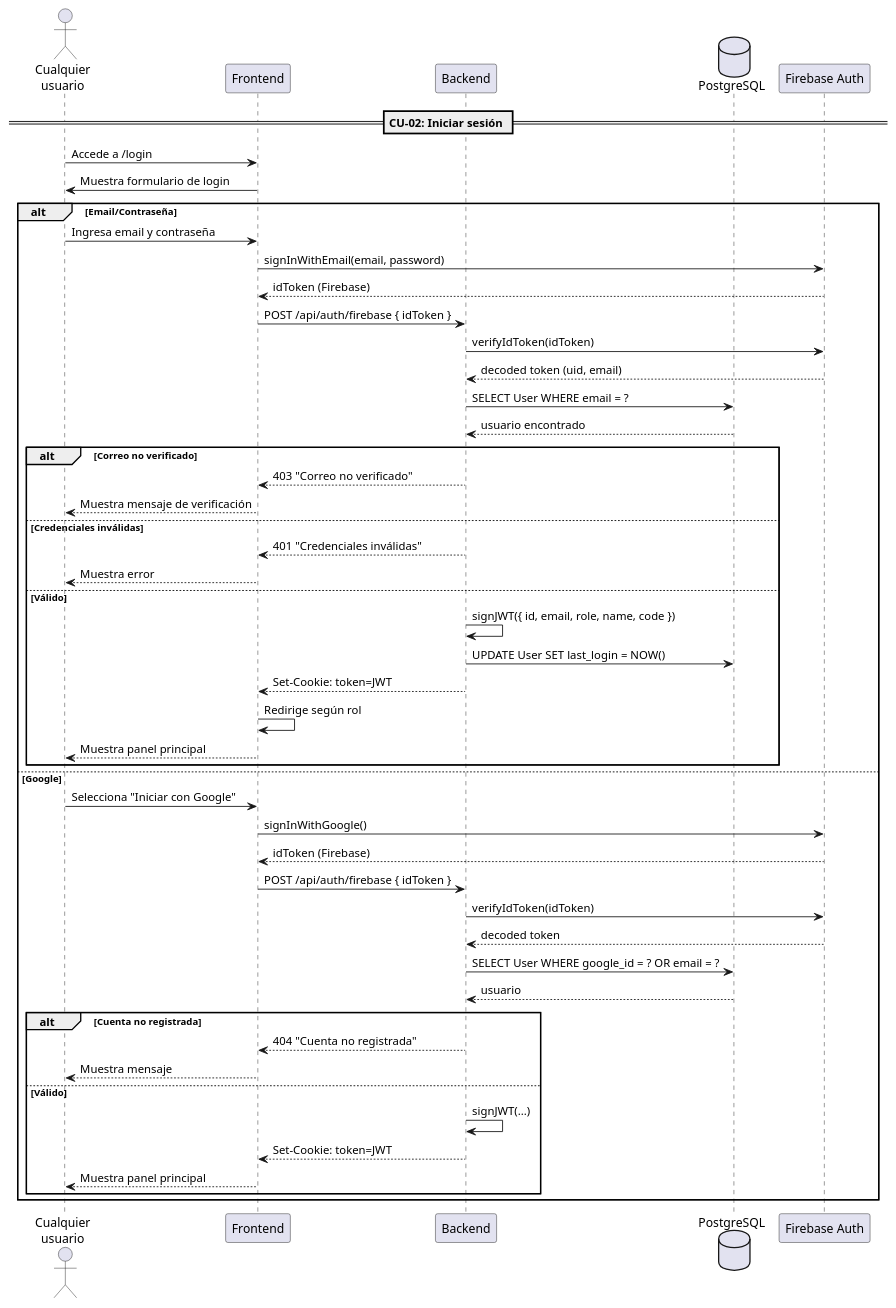
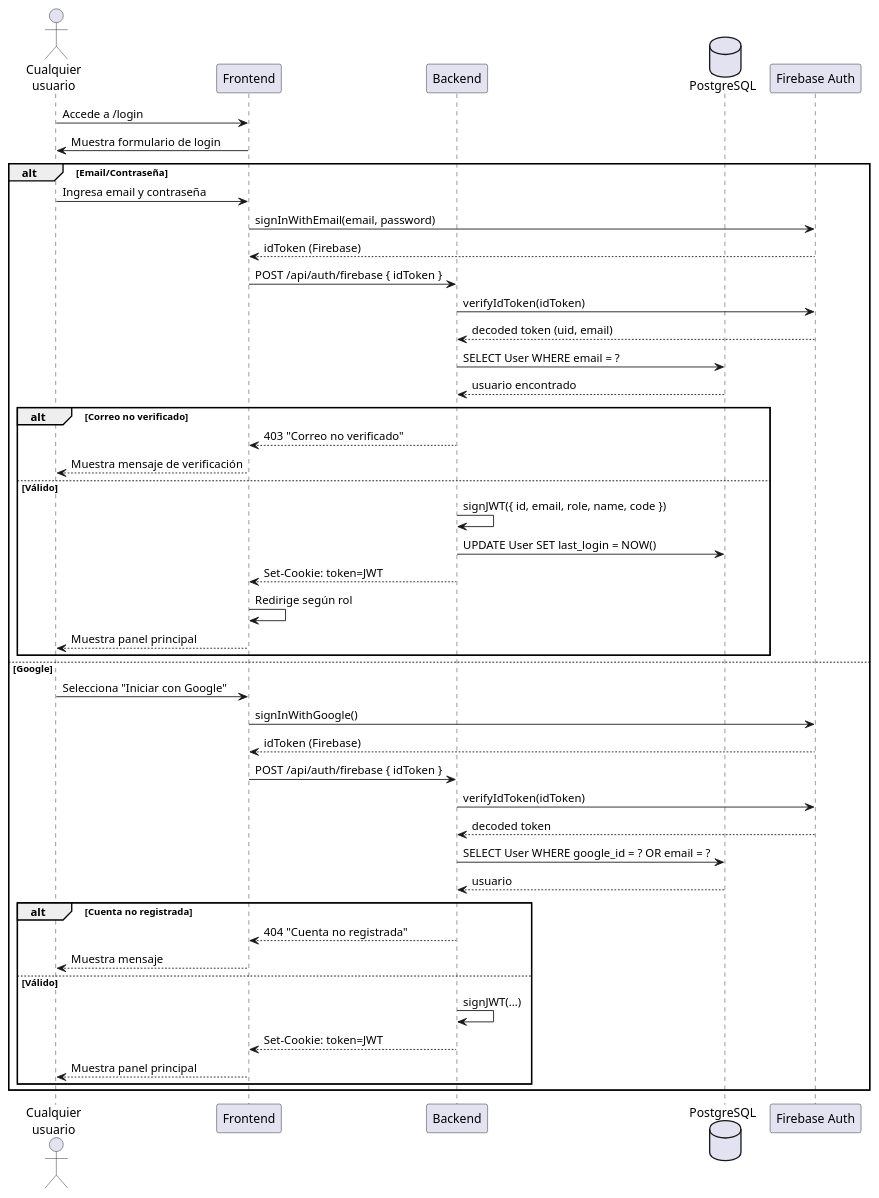
One commit to LinuxLab-UFPS/LinuxLab changed the fourth of 52 diagrams in docs/annexes/cu-especificacion.md. Above: the diagram before and after it, drawn with PlantUML. The commit also changed other lines of this file and 1 other file, not shown here.

````diff
--- a/docs/annexes/cu-especificacion.md
+++ b/docs/annexes/cu-especificacion.md
@@ -136,63 +174,58 @@
 ```plantuml
 @startuml
 actor "Cualquier\nusuario" as U
 participant "Frontend" as FE
 participant "Backend" as BE
 database "PostgreSQL" as DB
 participant "Firebase Auth" as FB
-
-== CU-02: Iniciar sesión ==
 
 U -> FE : Accede a /login
 FE -> U : Muestra formulario de login
 
 alt Email/Contraseña
   U -> FE : Ingresa email y contraseña
   FE -> FB : signInWithEmail(email, password)
   FB --> FE : idToken (Firebase)
 
   FE -> BE : POST /api/auth/firebase { idToken }
   BE -> FB : verifyIdToken(idToken)
   FB --> BE : decoded token (uid, email)
 
   BE -> DB : SELECT User WHERE email = ?
   DB --> BE : usuario encontrado
 
   alt Correo no verificado
     BE --> FE : 403 "Correo no verificado"
     FE --> U : Muestra mensaje de verificación
-  else Credenciales inválidas
-    BE --> FE : 401 "Credenciales inválidas"
-    FE --> U : Muestra error
   else Válido
     BE -> BE : signJWT({ id, email, role, name, code })
     BE -> DB : UPDATE User SET last_login = NOW()
     BE --> FE : Set-Cookie: token=JWT
     FE -> FE : Redirige según rol
     FE --> U : Muestra panel principal
   end
 
 else Google
   U -> FE : Selecciona "Iniciar con Google"
   FE -> FB : signInWithGoogle()
   FB --> FE : idToken (Firebase)
 
   FE -> BE : POST /api/auth/firebase { idToken }
   BE -> FB : verifyIdToken(idToken)
   FB --> BE : decoded token
 
   BE -> DB : SELECT User WHERE google_id = ? OR email = ?
   DB --> BE : usuario
 
   alt Cuenta no registrada
     BE --> FE : 404 "Cuenta no registrada"
     FE --> U : Muestra mensaje
   else Válido
     BE -> BE : signJWT(...)
     BE --> FE : Set-Cookie: token=JWT
     FE --> U : Muestra panel principal
   end
 end
 
 @enduml
 ```
````
